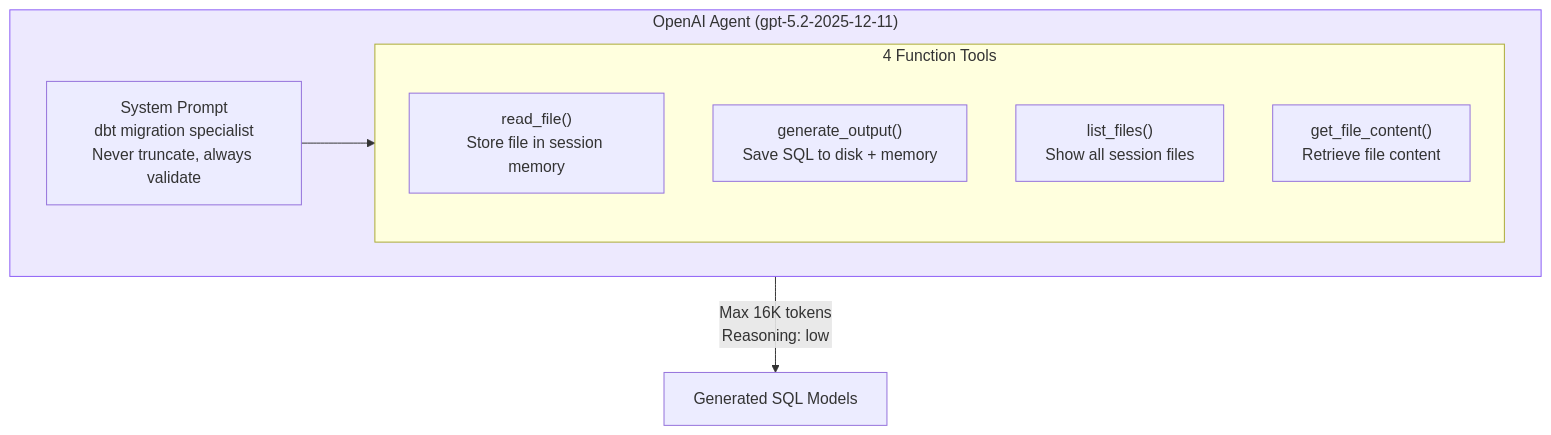
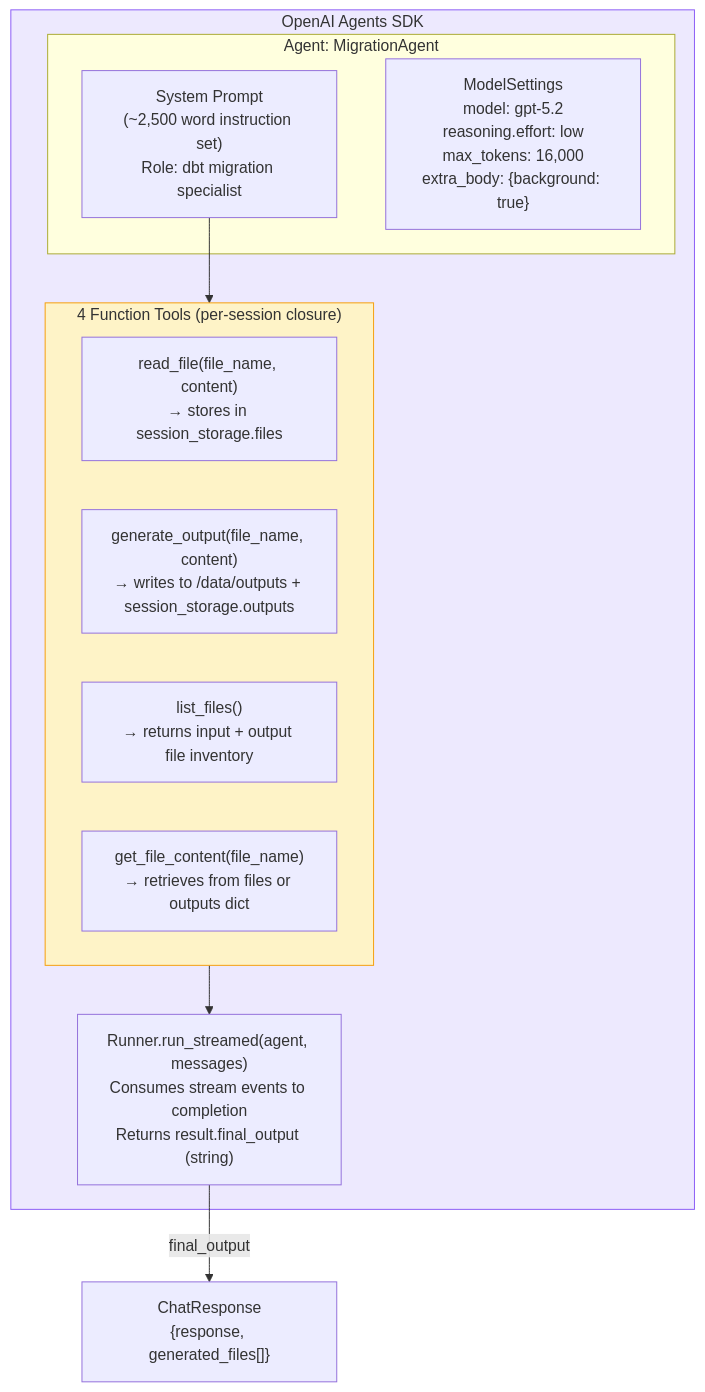
Before and after one commit to shankasf/small_migration: the ninth of 19 diagrams in ARCHITECTURE.md, drawn with Mermaid. The commit also changed other lines of this file, not shown here.

First line of the commit message:
docs(small_migration): Expand AI Agent Design section with code-level detail

````diff
--- a/ARCHITECTURE.md
+++ b/ARCHITECTURE.md
@@ -407,18 +409,25 @@
 ```mermaid
 graph TB
-    subgraph Agent["OpenAI Agent (gpt-5.2-2025-12-11)"]
-        SP["System Prompt<br/>dbt migration specialist<br/>Never truncate, always validate"]
-        
-        subgraph Tools["4 Function Tools"]
-            T1["read_file()<br/>Store file in session memory"]
-            T2["generate_output()<br/>Save SQL to disk + memory"]
-            T3["list_files()<br/>Show all session files"]
-            T4["get_file_content()<br/>Retrieve file content"]
+    subgraph AgentSDK["OpenAI Agents SDK"]
+        subgraph AgentInstance["Agent: MigrationAgent"]
+            SP["System Prompt<br/>(~2,500 word instruction set)<br/>Role: dbt migration specialist"]
+            MS["ModelSettings<br/>model: gpt-5.2<br/>reasoning.effort: low<br/>max_tokens: 16,000<br/>extra_body: {background: true}"]
         end
+
+        subgraph Tools["4 Function Tools (per-session closure)"]
+            T1["read_file(file_name, content)<br/>→ stores in session_storage.files"]
+            T2["generate_output(file_name, content)<br/>→ writes to /data/outputs + session_storage.outputs"]
+            T3["list_files()<br/>→ returns input + output file inventory"]
+            T4["get_file_content(file_name)<br/>→ retrieves from files or outputs dict"]
+        end
+
+        Runner["Runner.run_streamed(agent, messages)<br/>Consumes stream events to completion<br/>Returns result.final_output (string)"]
     end
 
     SP --> Tools
-    Agent -->|"Max 16K tokens<br/>Reasoning: low"| Output["Generated SQL Models"]
+    Tools --> Runner
+    Runner -->|"final_output"| Response["ChatResponse<br/>{response, generated_files[]}"]
 
-    style Agent fill:#ede9fe,stroke:#8b5cf6
+    style AgentSDK fill:#ede9fe,stroke:#8b5cf6
+    style Tools fill:#fef3c7,stroke:#f59e0b
 ```
````
